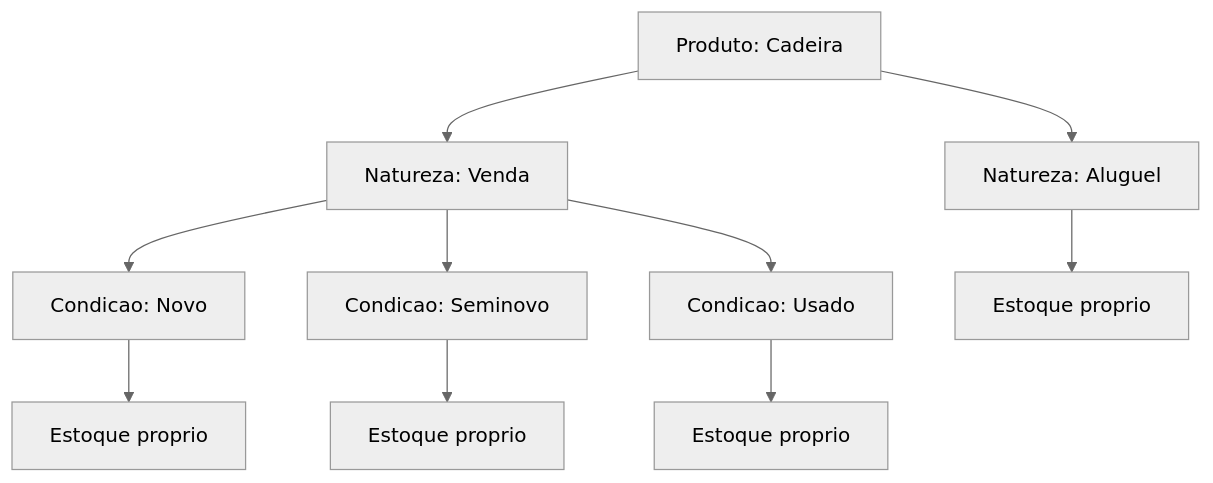
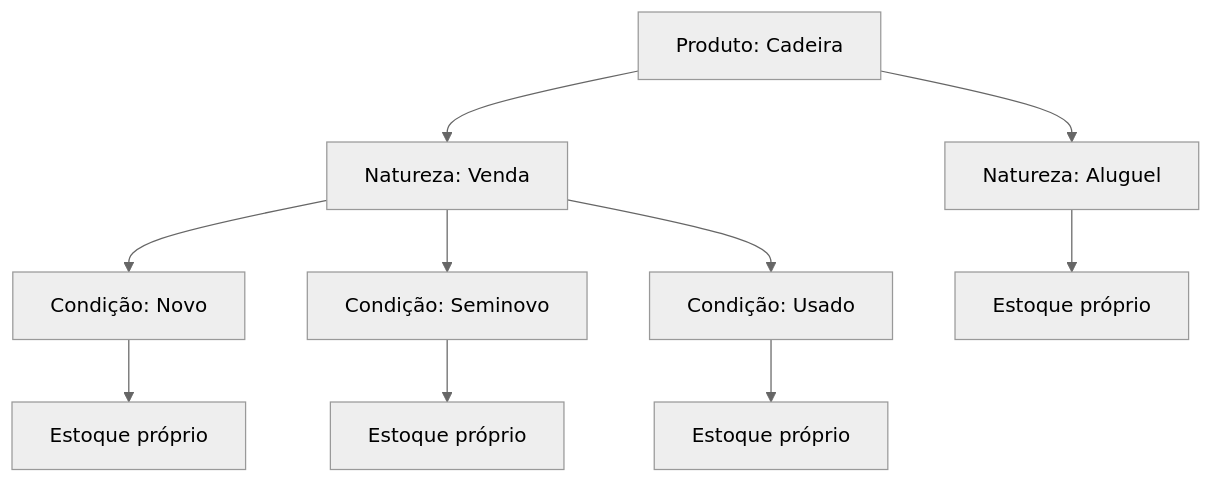
The diagram in cadastros/estoque-por-natureza-e-condicao.md (LocFlowTeam/locflow-docs), drawn with Mermaid (neutral theme) before and after one commit. The commit also changed other lines of this file and 18 other files, not shown here.

````diff
--- a/cadastros/estoque-por-natureza-e-condicao.md
+++ b/cadastros/estoque-por-natureza-e-condicao.md
@@ -58,12 +75,12 @@
 ```mermaid
 flowchart TD
     P[Produto: Cadeira] --> AL[Natureza: Aluguel]
     P --> VE[Natureza: Venda]
-    VE --> N[Condicao: Novo]
-    VE --> S[Condicao: Seminovo]
-    VE --> U[Condicao: Usado]
-    AL --> E1[Estoque proprio]
-    N --> E2[Estoque proprio]
-    S --> E3[Estoque proprio]
-    U --> E4[Estoque proprio]
+    VE --> N[Condição: Novo]
+    VE --> S[Condição: Seminovo]
+    VE --> U[Condição: Usado]
+    AL --> E1[Estoque próprio]
+    N --> E2[Estoque próprio]
+    S --> E3[Estoque próprio]
+    U --> E4[Estoque próprio]
 ```
````
